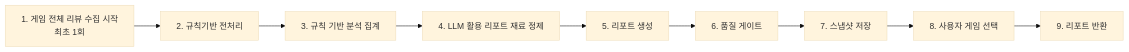
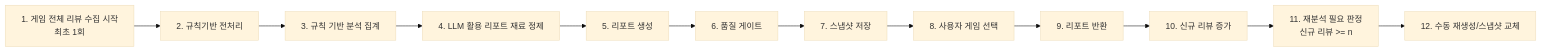
Before and after one commit to seonghorang2/NLP_PJ-solo-: the diagram in howworks.md, drawn with Mermaid (base theme). The commit also changed other lines of this file and 4 other files, not shown here.

````diff
--- a/howworks.md
+++ b/howworks.md
@@ -129,11 +260,14 @@
 ```mermaid
 flowchart LR
     A1[1. 게임 전체 리뷰 수집 시작<br/>최초 1회] --> A2[2. 규칙기반 전처리]
     A2 --> A3[3. 규칙 기반 분석 집계]
     A3 --> A4[4. LLM 활용 리포트 재료 정제]
     A4 --> A5[5. 리포트 생성]
     A5 --> A6[6. 품질 게이트]
     A6 --> A7[7. 스냅샷 저장]
     A7 --> A8[8. 사용자 게임 선택]
     A8 --> A9[9. 리포트 반환]
+    A9 --> A10[10. 신규 리뷰 증가]
+    A10 --> A11[11. 재분석 필요 판정<br/>신규 리뷰 >= n]
+    A11 --> A12[12. 수동 재생성/스냅샷 교체]
 ```
````
